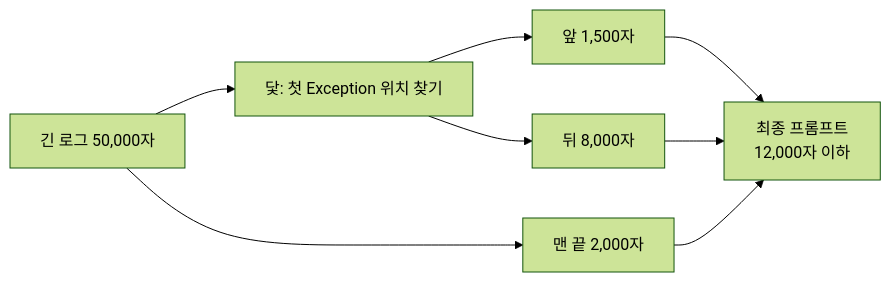
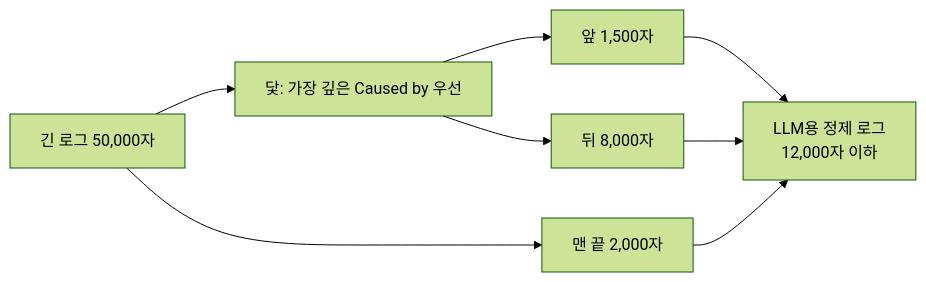
Before and after one commit to Seongbin-Choo/errorPurifier: the third of 7 diagrams in PROJECT_GUIDE.md, drawn with Mermaid (forest theme). The commit also changed other lines of this file and 2 other files, not shown here.

````diff
--- a/PROJECT_GUIDE.md
+++ b/PROJECT_GUIDE.md
@@ -462,10 +465,10 @@
 ```mermaid
 flowchart LR
-  A["긴 로그 50,000자"] --> B["닻: 첫 Exception 위치 찾기"]
+  A["긴 로그 50,000자"] --> B["닻: 가장 깊은 Caused by 우선"]
   B --> C["앞 1,500자"]
   B --> D["뒤 8,000자"]
   A --> E["맨 끝 2,000자"]
-  C --> F["최종 프롬프트<br/>12,000자 이하"]
+  C --> F["LLM용 정제 로그<br/>12,000자 이하"]
   D --> F
   E --> F
 ```
````
